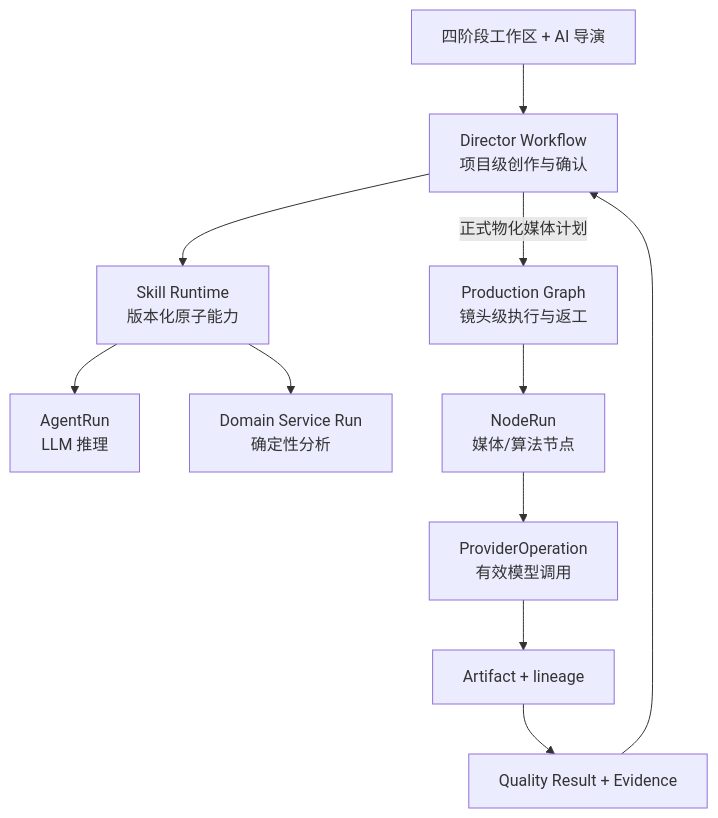
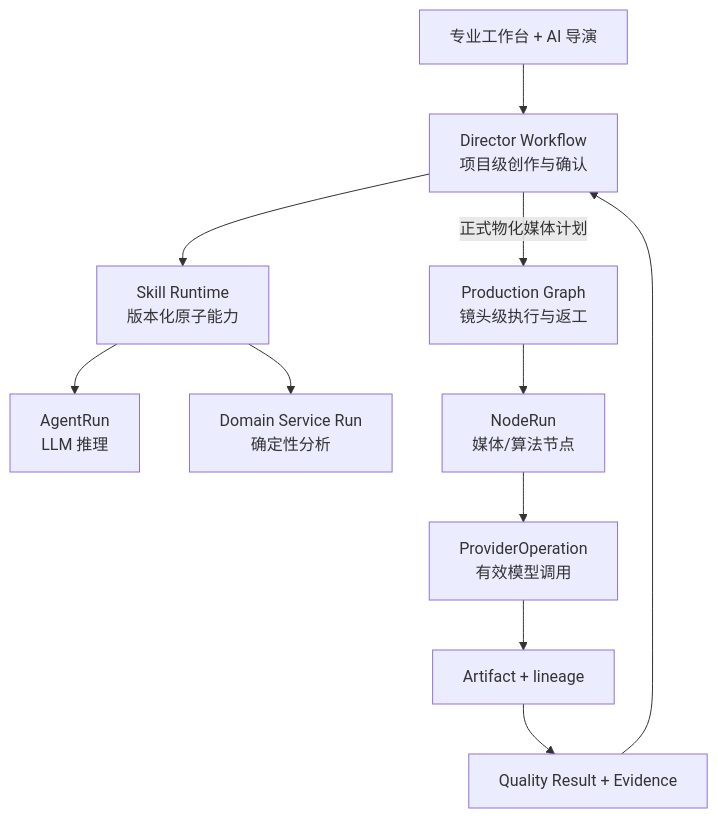
One commit to zwb2002-yjy/dramaforge-p0 changed the third of 3 diagrams in docs/current/02-运行时与领域架构.md. Above: the diagram before and after it, drawn with Mermaid. The commit also changed other lines of this file and 58 other files, not shown here.

````diff
--- a/docs/current/02-运行时与领域架构.md
+++ b/docs/current/02-运行时与领域架构.md
@@ -154,13 +160,13 @@
 ```mermaid
 flowchart TB
-  UI["四阶段工作区 + AI 导演"] --> DW["Director Workflow\n项目级创作与确认"]
+  UI["专业工作台 + AI 导演"] --> DW["Director Workflow\n项目级创作与确认"]
   DW --> SK["Skill Runtime\n版本化原子能力"]
   DW -->|正式物化媒体计划| PG["Production Graph\n镜头级执行与返工"]
   SK --> AR["AgentRun\nLLM 推理"]
   SK --> DS["Domain Service Run\n确定性分析"]
   PG --> NR["NodeRun\n媒体/算法节点"]
   NR --> PO["ProviderOperation\n有效模型调用"]
   PO --> AF["Artifact + lineage"]
   AF --> QR["Quality Result + Evidence"]
   QR --> DW
 ```
````
